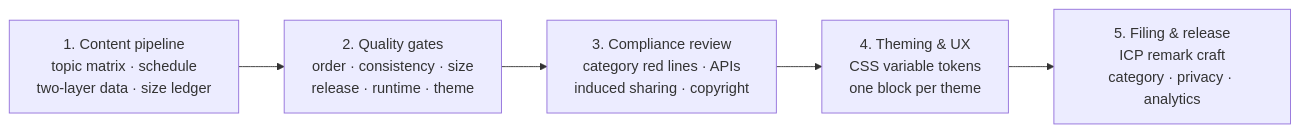
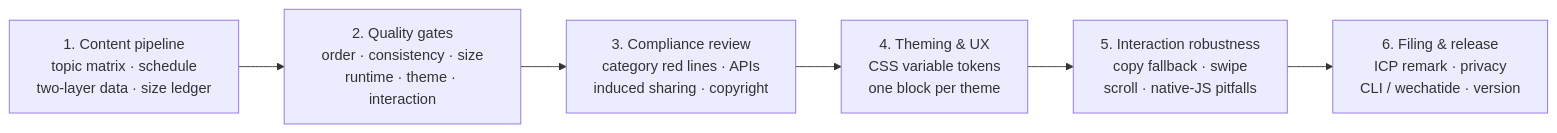
The diagram in README.md (sushuqiong/wechat-miniprogram-content-skill), drawn with Mermaid before and after one commit. The commit also changed other lines of this file and 6 other files, not shown here.

Commit message:
Add interaction robustness & platform/release references, check_interaction gate, six-stage workflow

````diff
--- a/README.md
+++ b/README.md
@@ -39,7 +41,8 @@
 ```mermaid
 flowchart LR
-    A["1. Content pipeline<br/>topic matrix · schedule<br/>two-layer data · size ledger"] --> B["2. Quality gates<br/>order · consistency · size<br/>release · runtime · theme"]
+    A["1. Content pipeline<br/>topic matrix · schedule<br/>two-layer data · size ledger"] --> B["2. Quality gates<br/>order · consistency · size<br/>runtime · theme · interaction"]
     B --> C["3. Compliance review<br/>category red lines · APIs<br/>induced sharing · copyright"]
     C --> D["4. Theming & UX<br/>CSS variable tokens<br/>one block per theme"]
-    D --> E["5. Filing & release<br/>ICP remark craft<br/>category · privacy · analytics"]
+    D --> E["5. Interaction robustness<br/>copy fallback · swipe<br/>scroll · native-JS pitfalls"]
+    E --> F["6. Filing & release<br/>ICP remark · privacy<br/>CLI / wechatide · version"]
 ```
````
